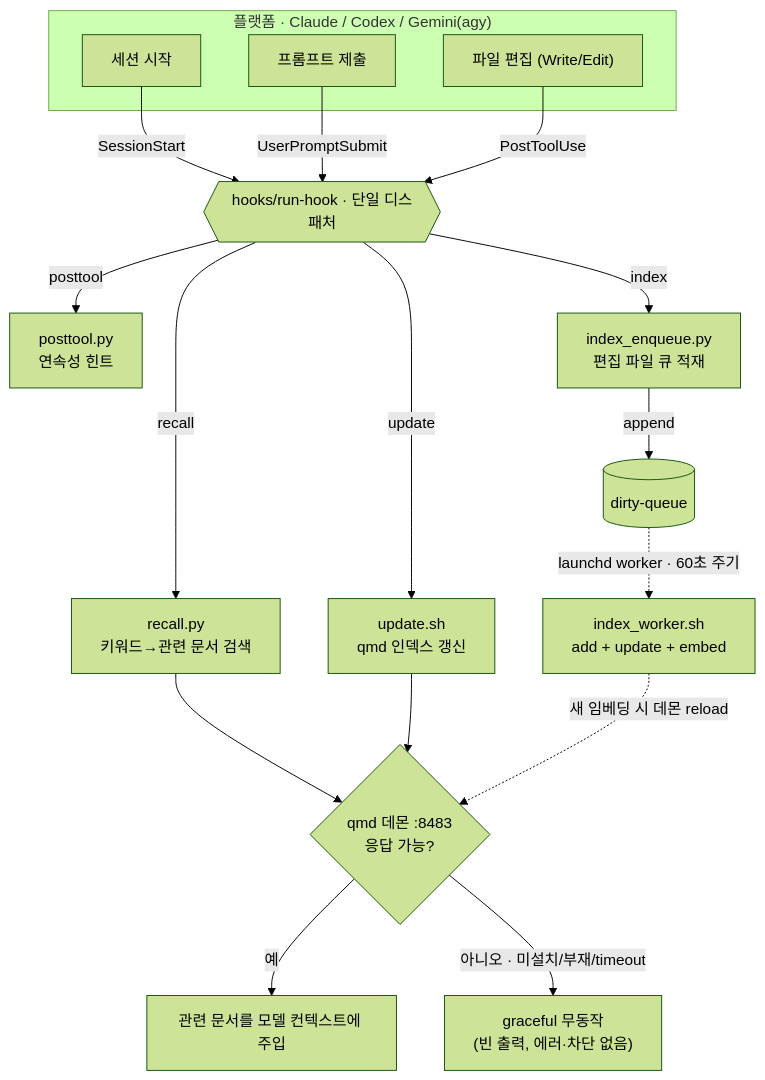
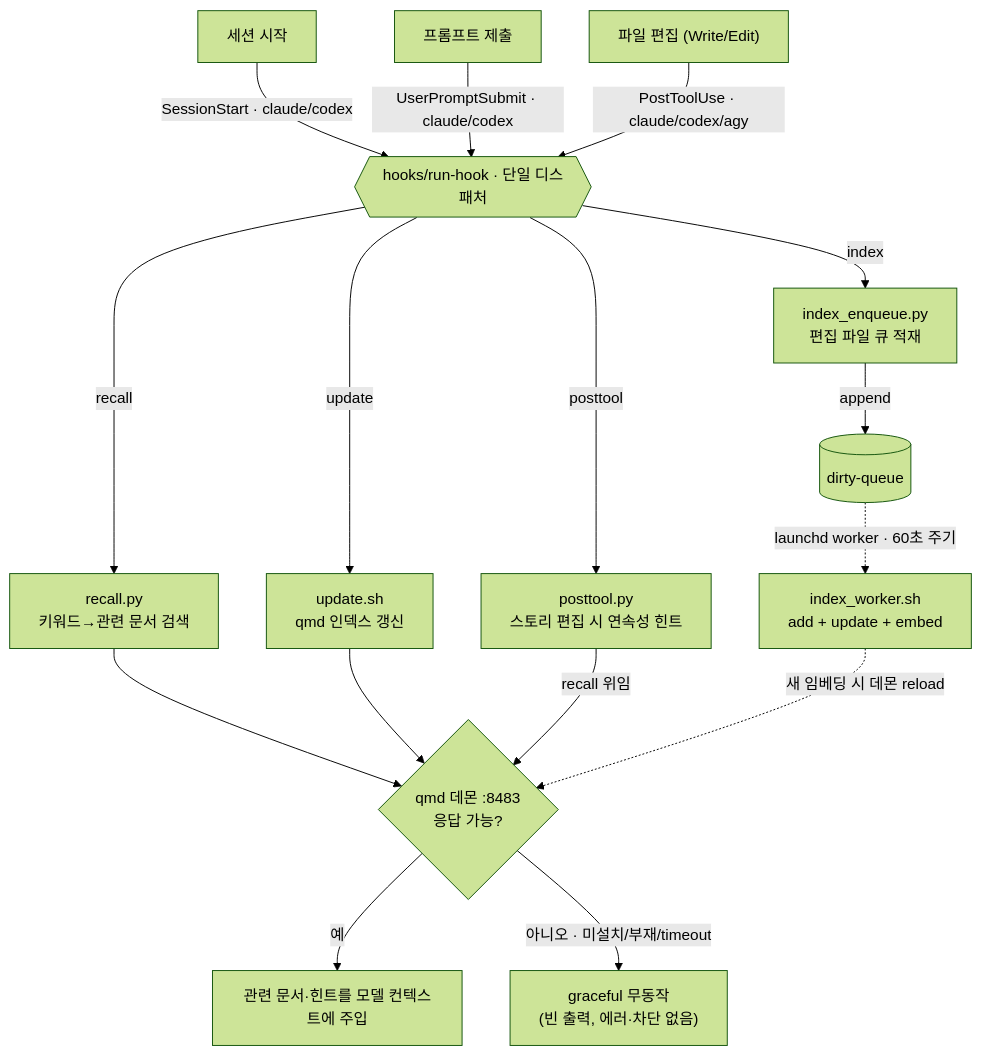
One commit to zbdulee/qmd-auto-context changed the diagram in README.md. Above: the diagram before and after it, drawn with Mermaid (forest theme). The commit also changed other lines of this file, not shown here.

Commit message:
docs(readme): mermaid에 플랫폼별 이벤트 차이 반영 (agy는 PostToolUse만)
- 이벤트 엣지에 지원 플랫폼 명시: SessionStart/UserPromptSubmit는 claude/codex,
  PostToolUse는 claude/codex/agy. 세 플랫폼을 한 박스로 묶던 표현을 분리.
- posttool→데몬 위임 엣지 추가(스토리 편집 시 recall.py 위임으로 연속성 힌트).
- "플랫폼 차이" 노트: agy는 update/recall 없이 편집 후 posttool+index만 동작.

Claude-Session: https://claude.ai/code/session_01SWzuaV5H7GJnVAwzPBY677

````diff
--- a/README.md
+++ b/README.md
@@ -31,28 +31,27 @@
 ```mermaid
 flowchart TD
-    subgraph PF["플랫폼 · Claude / Codex / Gemini(agy)"]
-        A["세션 시작"]
-        B["프롬프트 제출"]
-        C["파일 편집 (Write/Edit)"]
-    end
+    A["세션 시작"]
+    B["프롬프트 제출"]
+    C["파일 편집 (Write/Edit)"]
 
-    A -->|SessionStart| RH
-    B -->|UserPromptSubmit| RH
-    C -->|PostToolUse| RH
+    A -->|"SessionStart · claude/codex"| RH
+    B -->|"UserPromptSubmit · claude/codex"| RH
+    C -->|"PostToolUse · claude/codex/agy"| RH
 
     RH{{"hooks/run-hook · 단일 디스패처"}}
     RH -->|update| U["update.sh<br/>qmd 인덱스 갱신"]
     RH -->|recall| R["recall.py<br/>키워드→관련 문서 검색"]
-    RH -->|posttool| P["posttool.py<br/>연속성 힌트"]
+    RH -->|posttool| P["posttool.py<br/>스토리 편집 시 연속성 힌트"]
     RH -->|index| IX["index_enqueue.py<br/>편집 파일 큐 적재"]
 
     D{"qmd 데몬 :8483<br/>응답 가능?"}
     R --> D
     U --> D
-    D -->|"예"| OUT["관련 문서를 모델 컨텍스트에 주입"]
+    P -->|recall 위임| D
+    D -->|"예"| OUT["관련 문서·힌트를 모델 컨텍스트에 주입"]
     D -->|"아니오 · 미설치/부재/timeout"| SKIP["graceful 무동작<br/>(빈 출력, 에러·차단 없음)"]
 
     IX -->|append| Q[("dirty-queue")]
     Q -.->|"launchd worker · 60초 주기"| W["index_worker.sh<br/>add + update + embed"]
     W -.->|"새 임베딩 시 데몬 reload"| D
 ```
````
